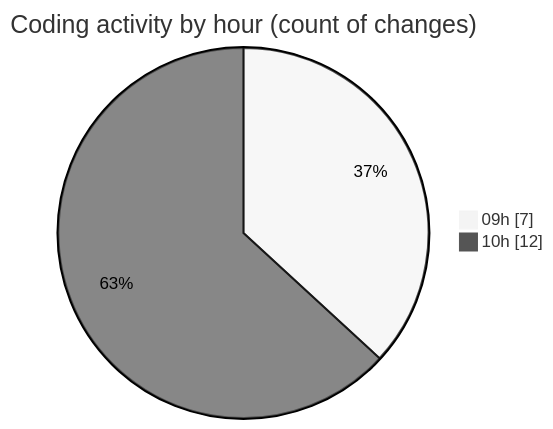
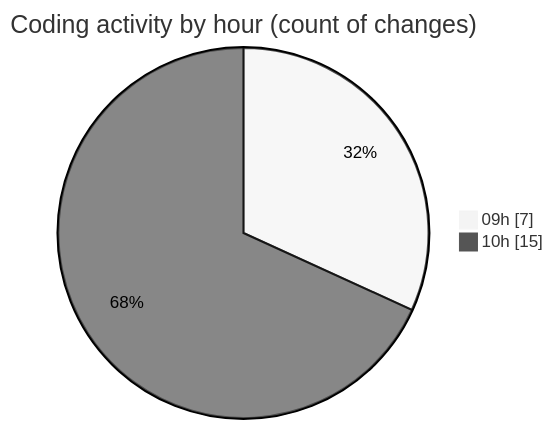
Before and after one commit to momahboobian/code-tracking: the second of 2 diagrams in 2025-11-12/cda/README.md, drawn with Mermaid (neutral theme). The commit also changed other lines of this file and 1 other file, not shown here.

````diff
--- a/2025-11-12/cda/README.md
+++ b/2025-11-12/cda/README.md
@@ -38,6 +40,6 @@
 ```mermaid
 pie showData
 title Coding activity by hour (count of changes)
 "09h" : 7
-"10h" : 12
+"10h" : 15
 ```
````
